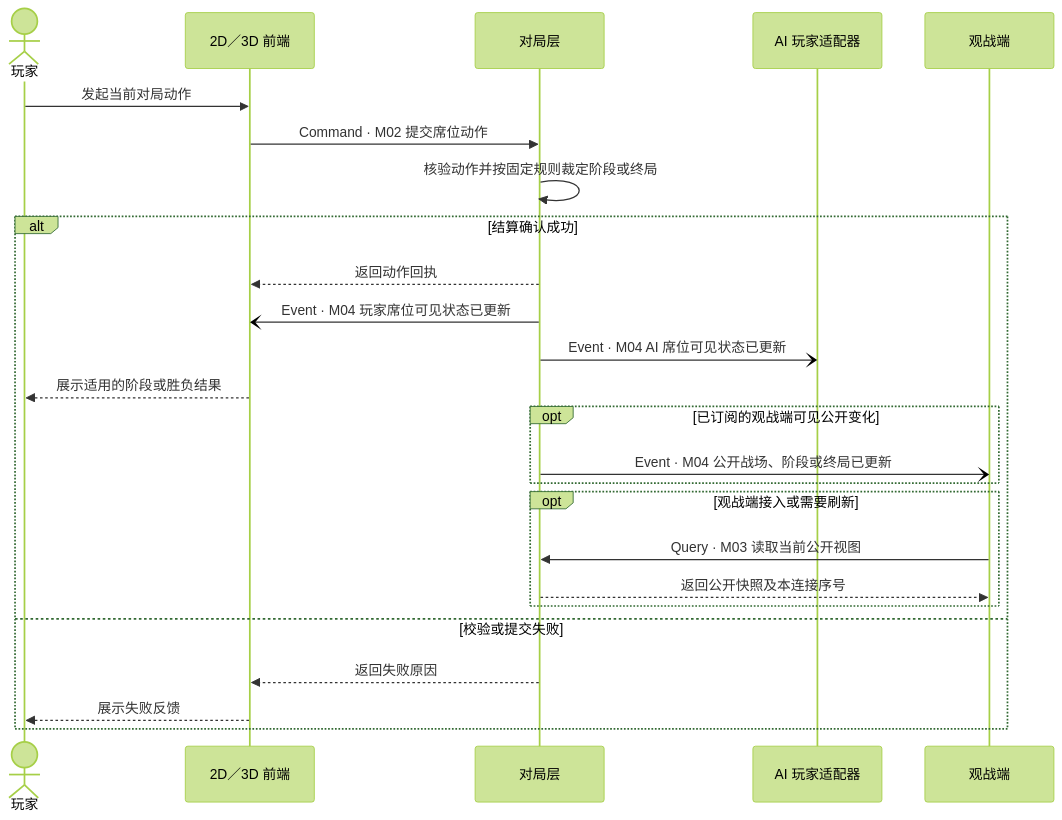
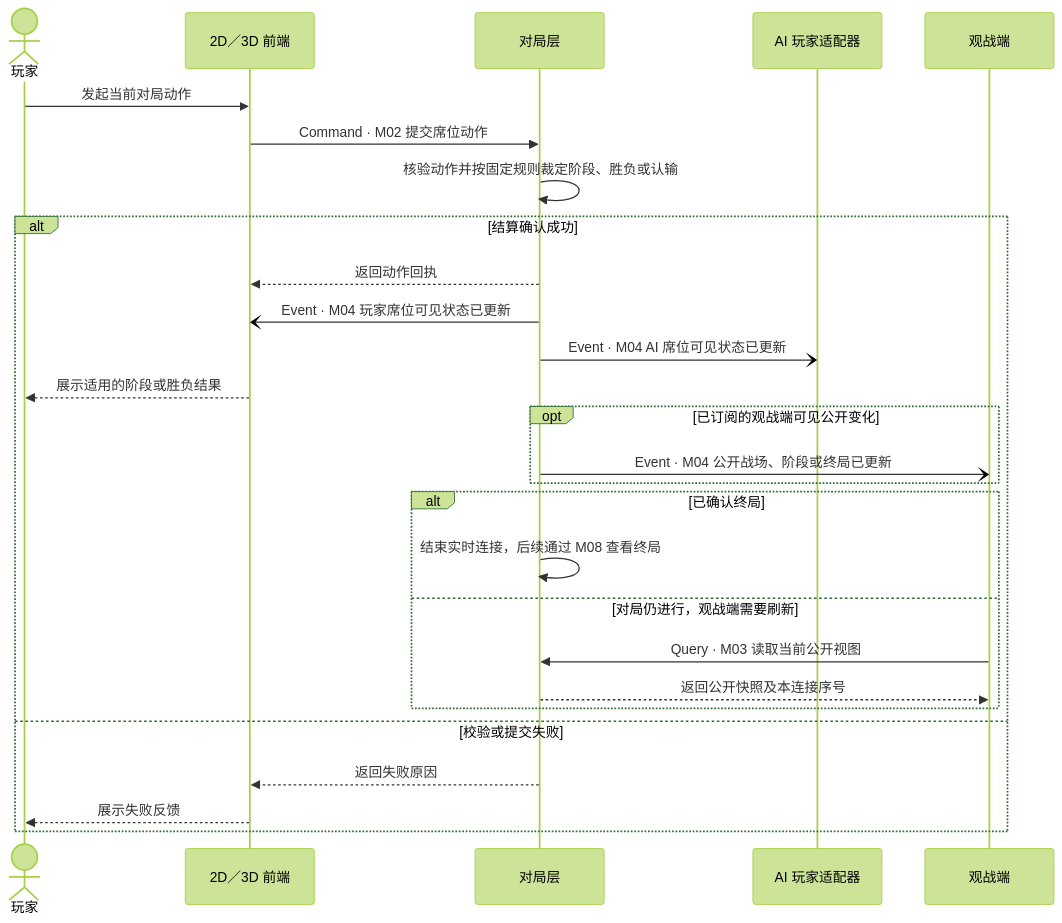
Before and after one commit to jigejiqiangshou/Critical-Provisional: the ninth of 12 diagrams in specs/001-offline-game-refactor/contracts/scenario-sequences.md, drawn with Mermaid (forest theme). The commit also changed other lines of this file and 10 other files, not shown here.

````diff
--- a/specs/001-offline-game-refactor/contracts/scenario-sequences.md
+++ b/specs/001-offline-game-refactor/contracts/scenario-sequences.md
@@ -339,28 +339,30 @@
 ```mermaid
 sequenceDiagram
     actor P as 玩家
     participant F as 2D／3D 前端
     participant G as 对局层
     participant A as AI 玩家适配器
     participant O as 观战端
 
     P->>F: 发起当前对局动作
     F->>G: Command · M02 提交席位动作
-    G->>G: 核验动作并按固定规则裁定阶段或终局
+    G->>G: 核验动作并按固定规则裁定阶段、胜负或认输
     alt 结算确认成功
         G-->>F: 返回动作回执
         G-)F: Event · M04 玩家席位可见状态已更新
         G-)A: Event · M04 AI 席位可见状态已更新
         F-->>P: 展示适用的阶段或胜负结果
         opt 已订阅的观战端可见公开变化
             G-)O: Event · M04 公开战场、阶段或终局已更新
         end
-        opt 观战端接入或需要刷新
+        alt 已确认终局
+            G->>G: 结束实时连接，后续通过 M08 查看终局
+        else 对局仍进行，观战端需要刷新
             O->>G: Query · M03 读取当前公开视图
             G-->>O: 返回公开快照及本连接序号
         end
     else 校验或提交失败
         G-->>F: 返回失败原因
         F-->>P: 展示失败反馈
     end
 ```
````
